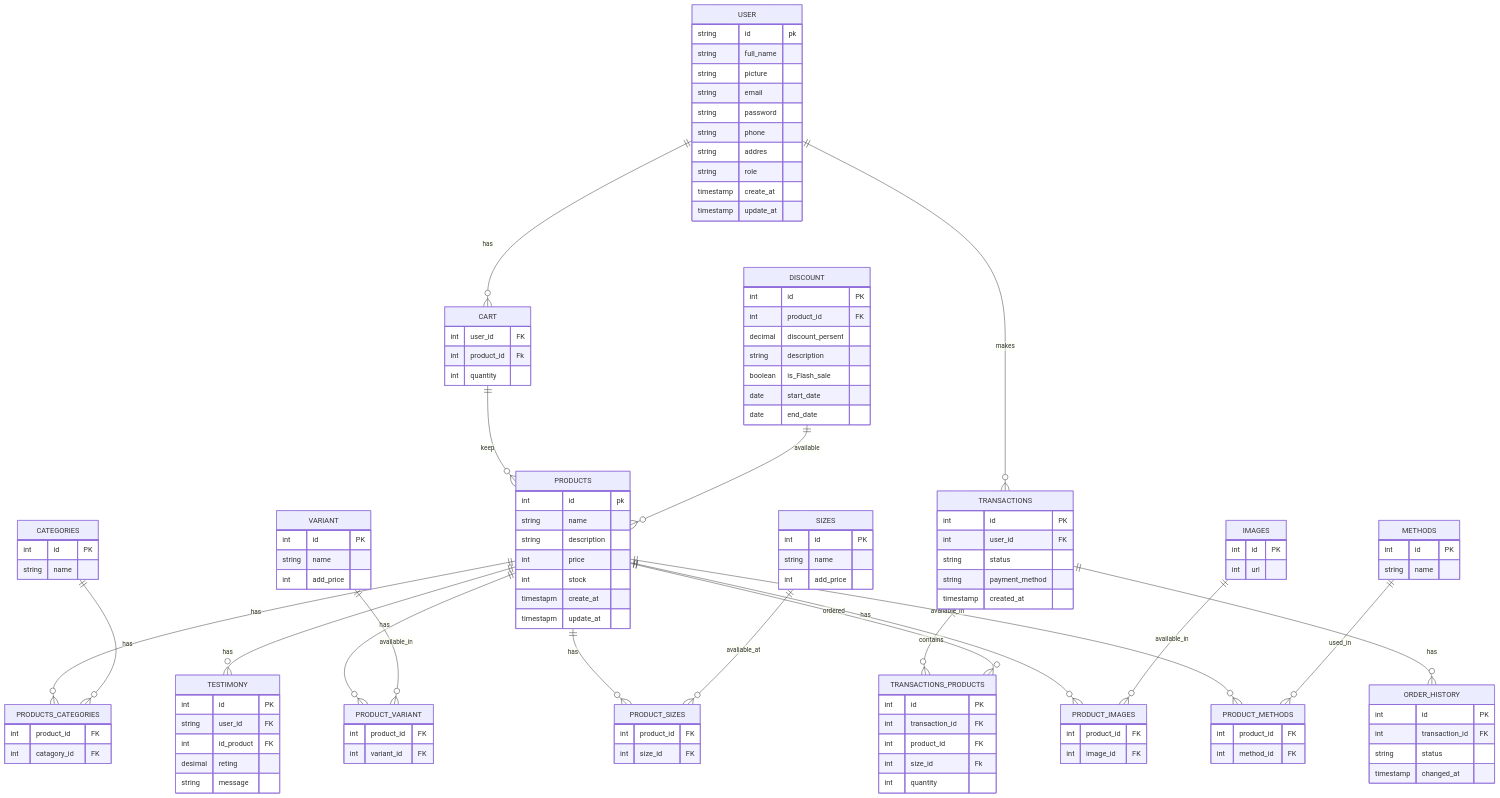
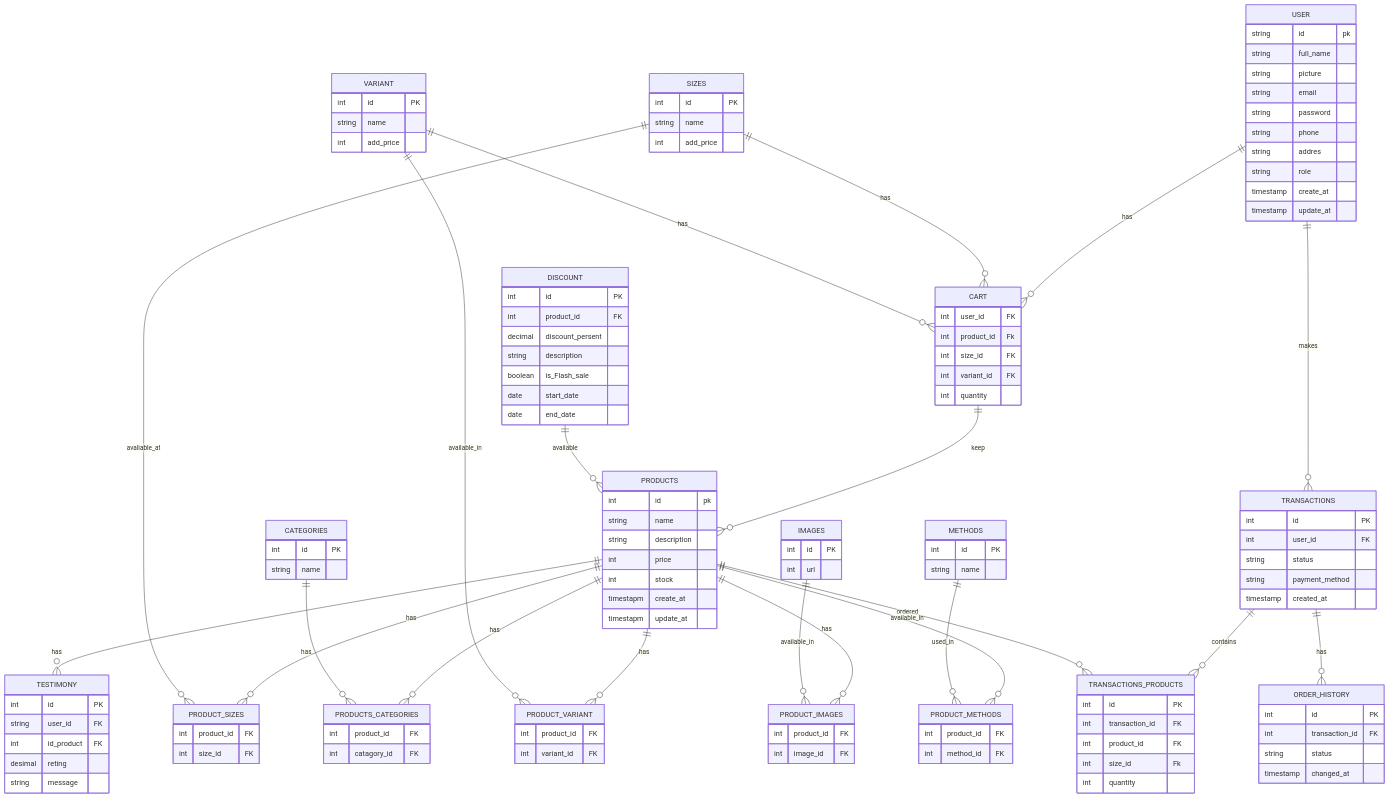
Before and after one commit to ghifar1327/koda-b6-db: the diagram in ERD.md, drawn with Mermaid. The commit also changed 1 other file, not shown here.

Commit message:
fix : adds missing column

```diff
--- a/ERD.md
+++ b/ERD.md
@@ -23,6 +23,8 @@
     CART{
         int user_id FK
         int product_id Fk
+        int size_id FK
+        int variant_id FK
         int quantity
 
     }
@@ -89,6 +91,7 @@
         int method_id FK
     }
 
+    SIZES ||--o{ CART : has
     SIZES ||--o{ PRODUCT_SIZES : avaliable_at
     SIZES {
         int id PK
@@ -100,6 +103,7 @@
         int size_id FK
     }
 
+    VARIANT ||--o{ CART : has
     VARIANT ||--O{ PRODUCT_VARIANT : available_in
     VARIANT {
         int id PK
```
